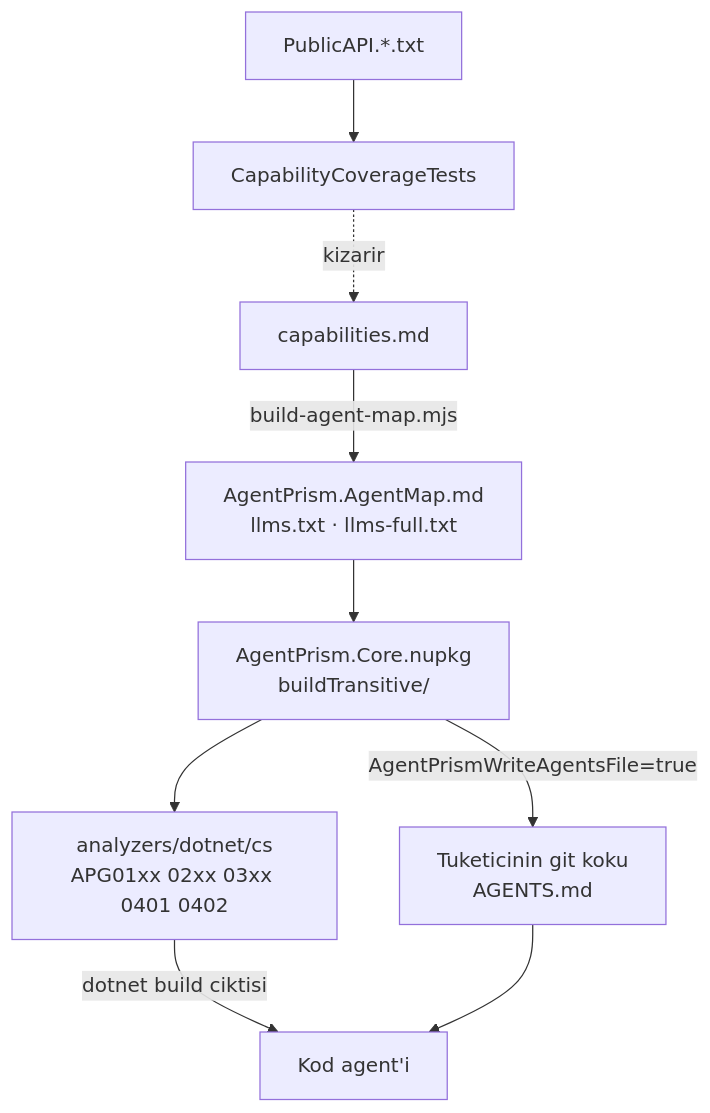
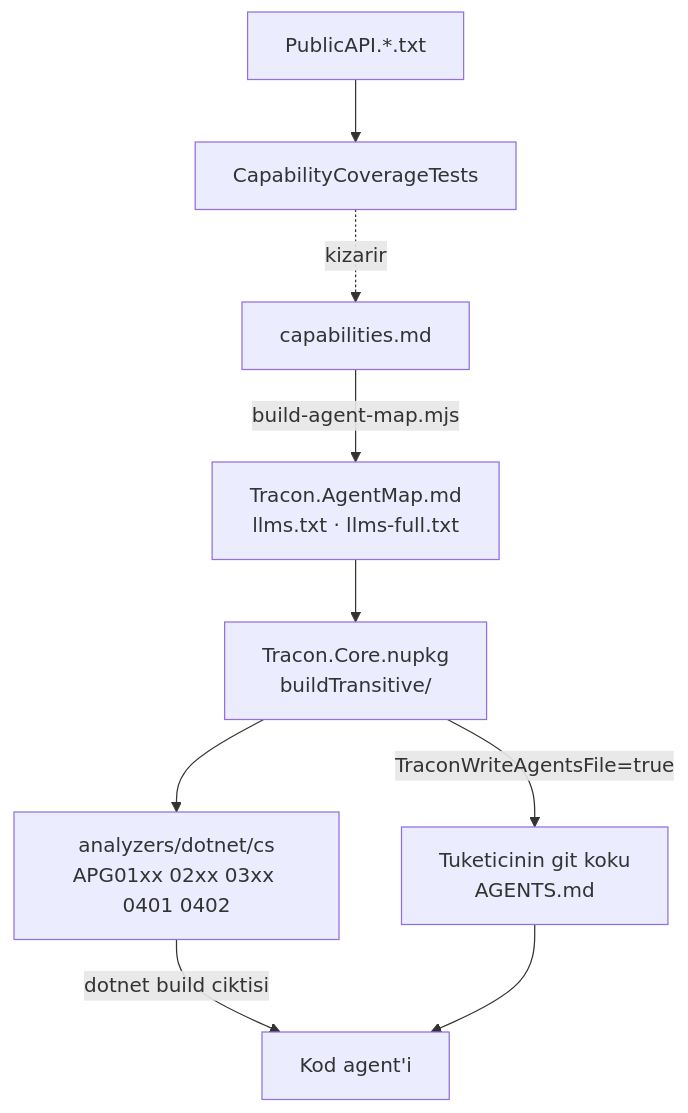
The diagram in docs/manuel-test/29-AGENT-DESTEGI.md (farukatasoy/Tracon), drawn with Mermaid before and after one commit. The commit also changed other lines of this file and 4535 other files, not shown here.

````diff
--- a/docs/manuel-test/29-AGENT-DESTEGI.md
+++ b/docs/manuel-test/29-AGENT-DESTEGI.md
@@ -22,11 +22,11 @@
 ```mermaid
 flowchart TD
-    SRC["capabilities.md"] -->|"build-agent-map.mjs"| MAP["AgentPrism.AgentMap.md<br/>llms.txt · llms-full.txt"]
-    MAP --> PKG["AgentPrism.Core.nupkg<br/>buildTransitive/"]
-    PKG -->|"AgentPrismWriteAgentsFile=true"| REPO["Tuketicinin git koku<br/>AGENTS.md"]
+    SRC["capabilities.md"] -->|"build-agent-map.mjs"| MAP["Tracon.AgentMap.md<br/>llms.txt · llms-full.txt"]
+    MAP --> PKG["Tracon.Core.nupkg<br/>buildTransitive/"]
+    PKG -->|"TraconWriteAgentsFile=true"| REPO["Tuketicinin git koku<br/>AGENTS.md"]
     PKG --> AN["analyzers/dotnet/cs<br/>APG01xx 02xx 03xx 0401 0402"]
     AN -->|"dotnet build ciktisi"| AGENT["Kod agent'i"]
     REPO --> AGENT
     API["PublicAPI.*.txt"] --> GATE["CapabilityCoverageTests"]
     GATE -.->|"kizarir"| SRC
 ```
````
